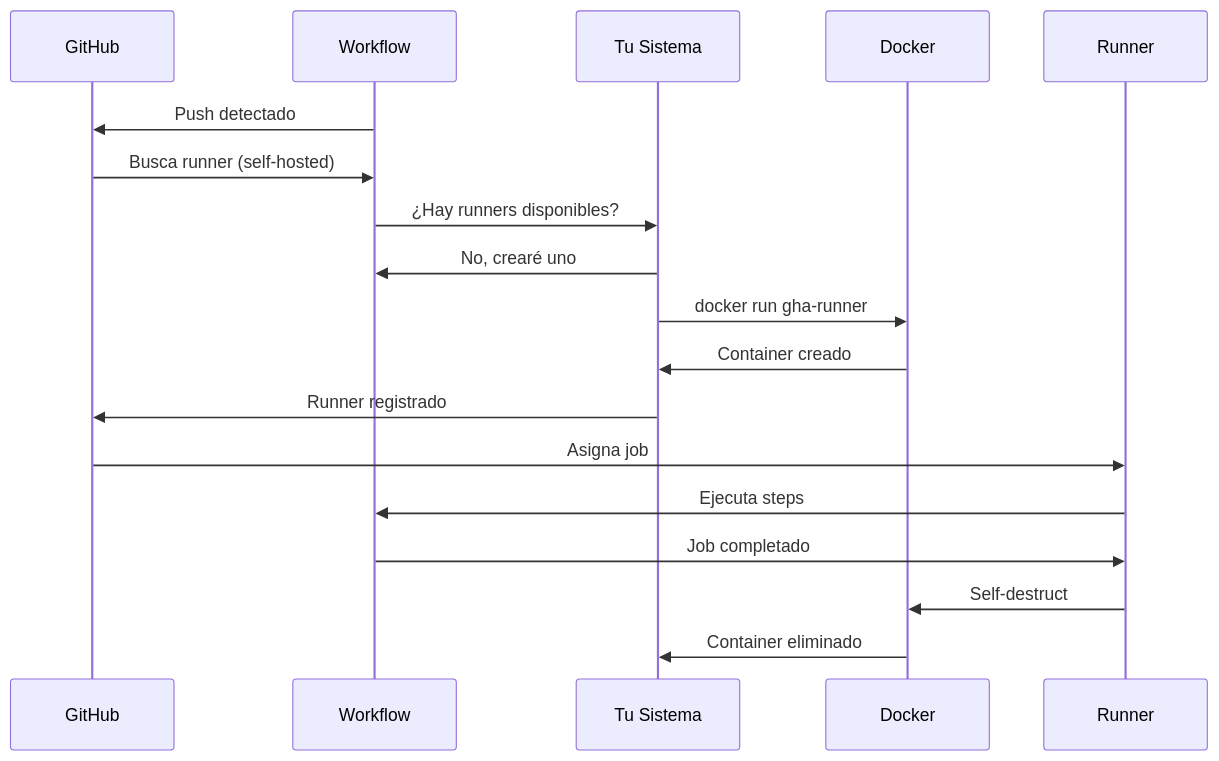
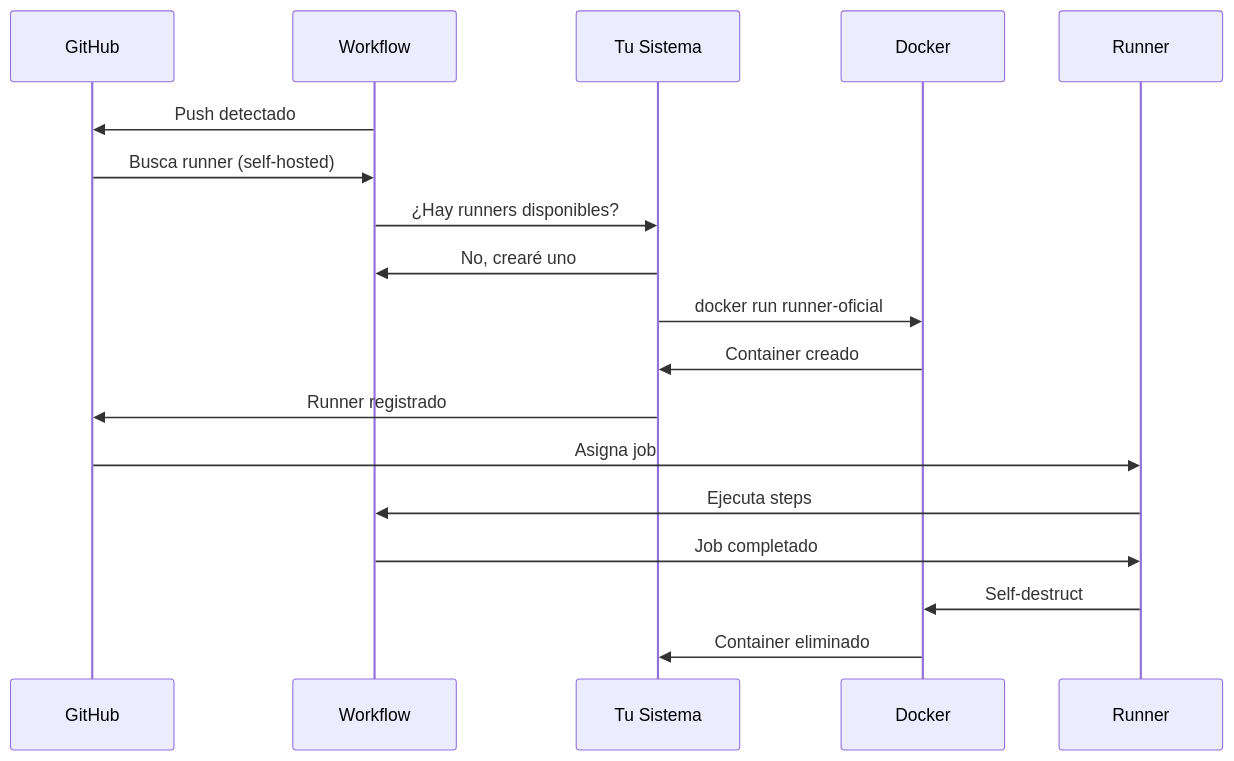
One commit to eliaspizarro/gha-ephemeral-runners changed the second of 2 diagrams in README.md. Above: the diagram before and after it, drawn with Mermaid. The commit also changed other lines of this file and 15 other files, not shown here.

````diff
--- a/README.md
+++ b/README.md
@@ -190,21 +190,21 @@
 ```mermaid
 sequenceDiagram
     participant GH as GitHub
     participant WF as Workflow
     participant SYS as Tu Sistema
     participant DOCKER as Docker
     participant RUN as Runner
     
     WF->>GH: Push detectado
     GH->>WF: Busca runner (self-hosted)
     WF->>SYS: ¿Hay runners disponibles?
     SYS->>WF: No, crearé uno
-    SYS->>DOCKER: docker run gha-runner
+    SYS->>DOCKER: docker run runner-oficial
     DOCKER->>SYS: Container creado
     SYS->>GH: Runner registrado
     GH->>RUN: Asigna job
     RUN->>WF: Ejecuta steps
     WF->>RUN: Job completado
     RUN->>DOCKER: Self-destruct
     DOCKER->>SYS: Container eliminado
 ```
````
